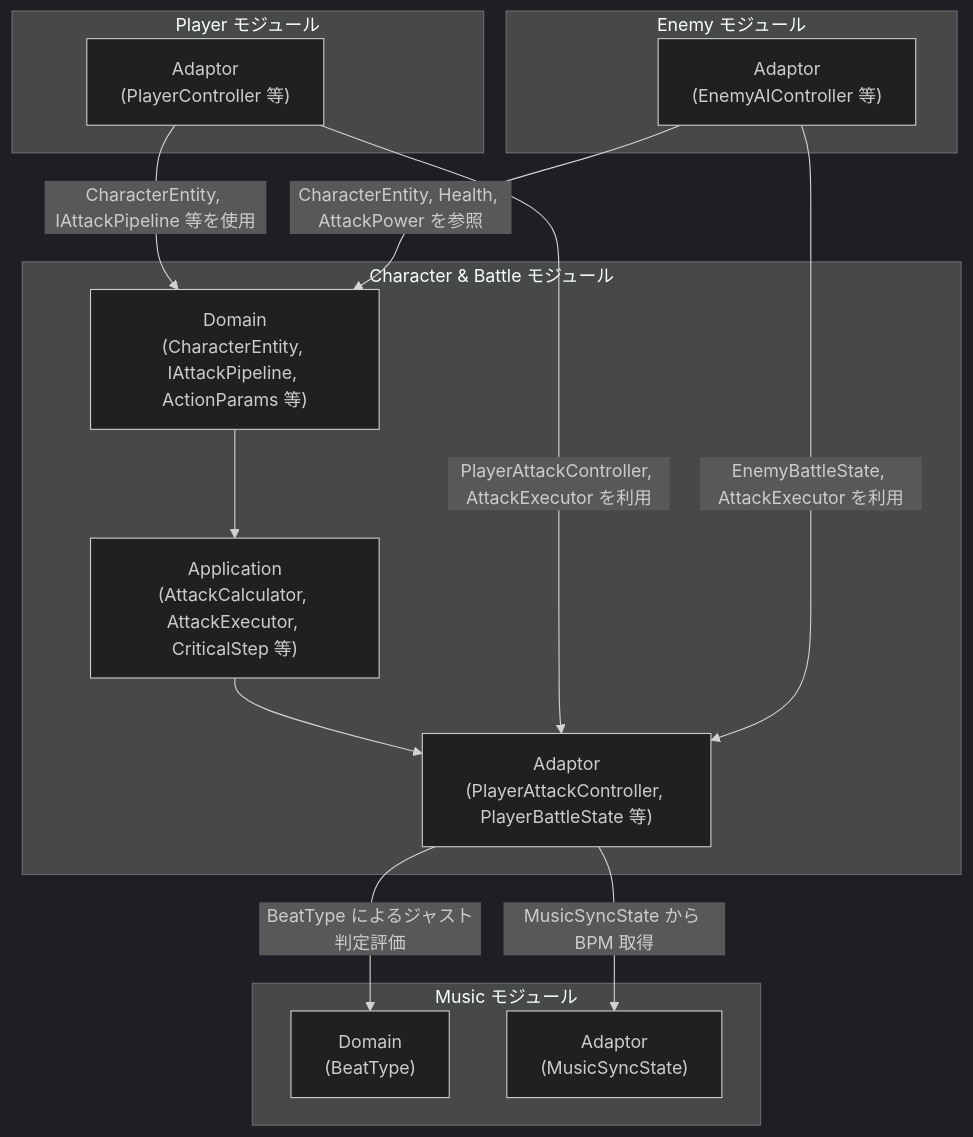
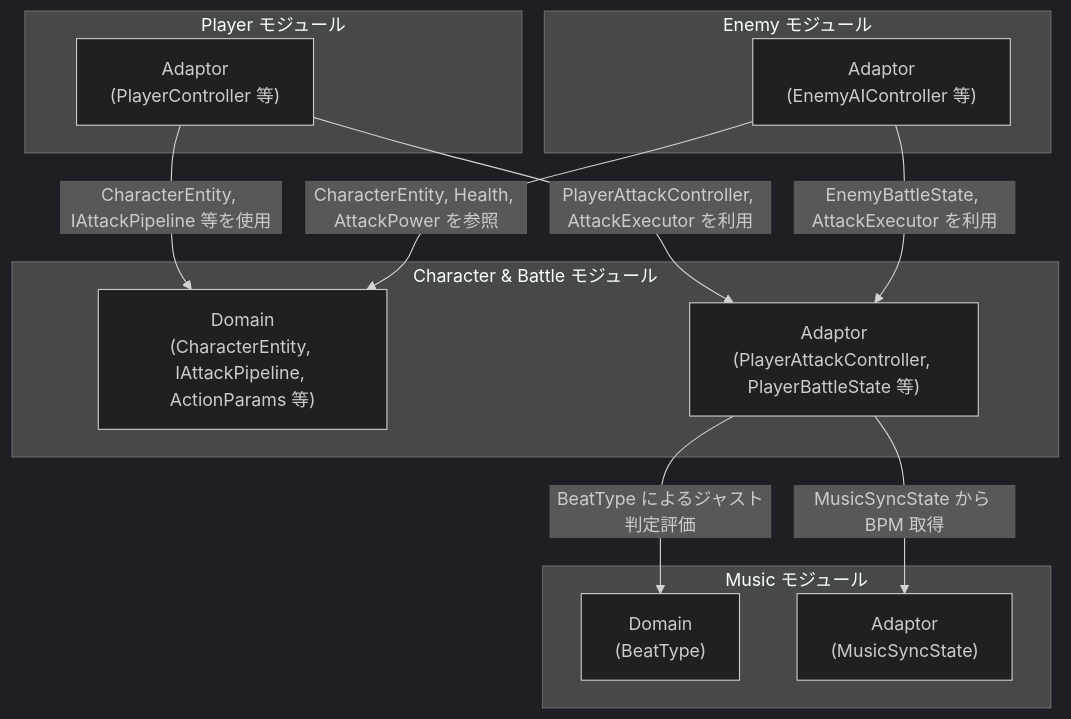
Before and after one commit to HIBIKI5201/SymphonyKillChord: the first of 4 diagrams in Assets/Docs/ScriptsDocs/Modules/NotionModuleDocs/Character&Battle.md, drawn with Mermaid (dark theme). The commit also changed other lines of this file and 5 other files, not shown here.

````diff
--- a/Assets/Docs/ScriptsDocs/Modules/NotionModuleDocs/Character&Battle.md
+++ b/Assets/Docs/ScriptsDocs/Modules/NotionModuleDocs/Character&Battle.md
@@ -54,30 +51,29 @@
 ```mermaid
 graph TD
+    %% 定義 (接続のないレイヤーは省略)
     subgraph CharacterBattleModule [Character & Battle モジュール]
         CB_Domain["Domain\n(CharacterEntity, IAttackPipeline, ActionParams 等)"]
-        CB_App["Application\n(AttackCalculator, AttackExecutor, CriticalStep 等)"]
         CB_Adaptor["Adaptor\n(PlayerAttackController, PlayerBattleState 等)"]
-        CB_Domain --> CB_App
-        CB_App --> CB_Adaptor
     end
 
     subgraph PlayerModule [Player モジュール]
         P_Adaptor["Adaptor\n(PlayerController 等)"]
     end
 
     subgraph EnemyModule [Enemy モジュール]
         E_Adaptor["Adaptor\n(EnemyAIController 等)"]
     end
 
     subgraph MusicModule [Music モジュール]
         M_Domain["Domain\n(BeatType)"]
         M_Adaptor["Adaptor\n(MusicSyncState)"]
     end
 
+    %% 依存関係
     P_Adaptor -->|"CharacterEntity, IAttackPipeline 等を使用"| CB_Domain
     P_Adaptor -->|"PlayerAttackController, AttackExecutor を利用"| CB_Adaptor
     E_Adaptor -->|"CharacterEntity, Health, AttackPower を参照"| CB_Domain
     E_Adaptor -->|"EnemyBattleState, AttackExecutor を利用"| CB_Adaptor
     CB_Adaptor -->|"BeatType によるジャスト判定評価"| M_Domain
     CB_Adaptor -->|"MusicSyncState から BPM 取得"| M_Adaptor
 ```
````
